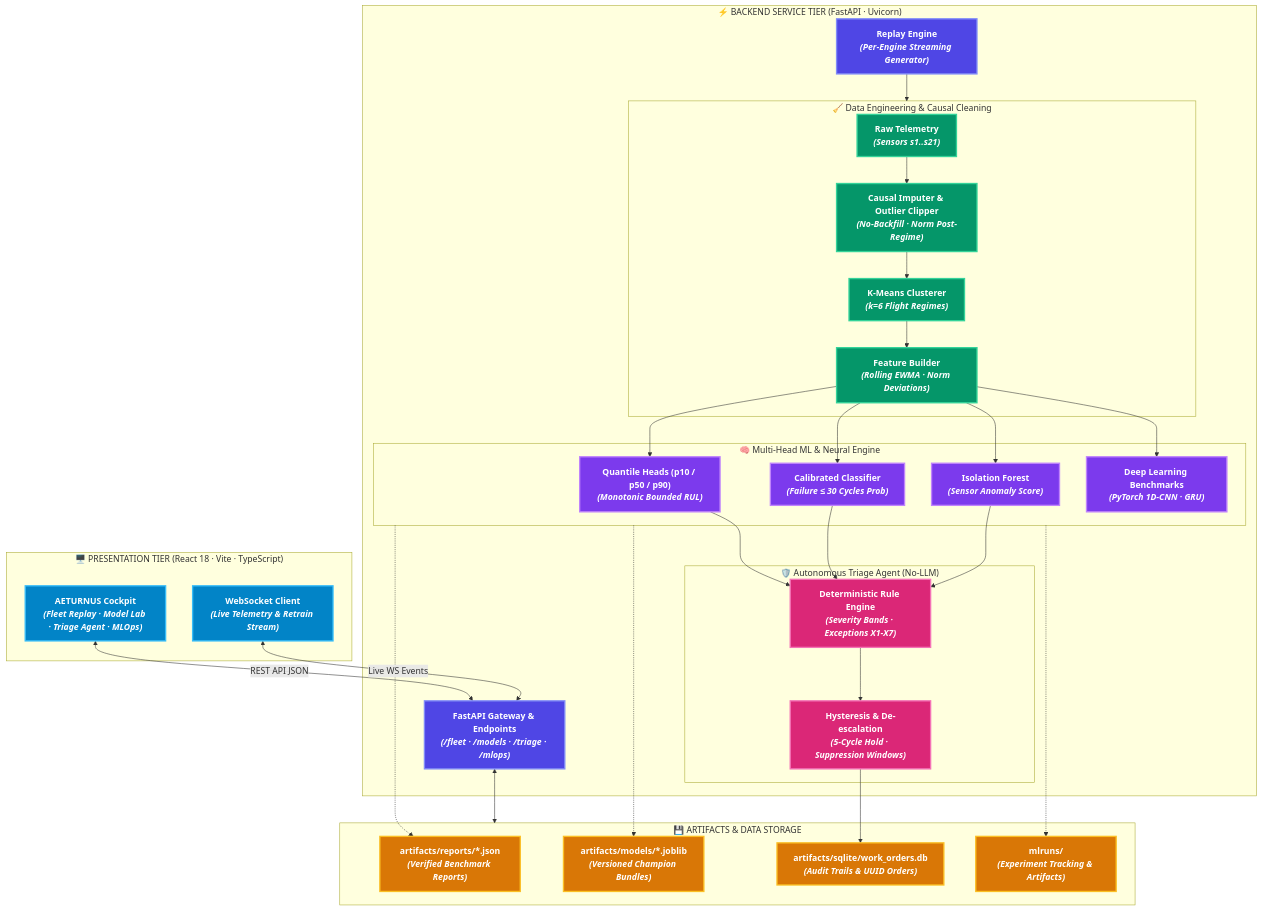
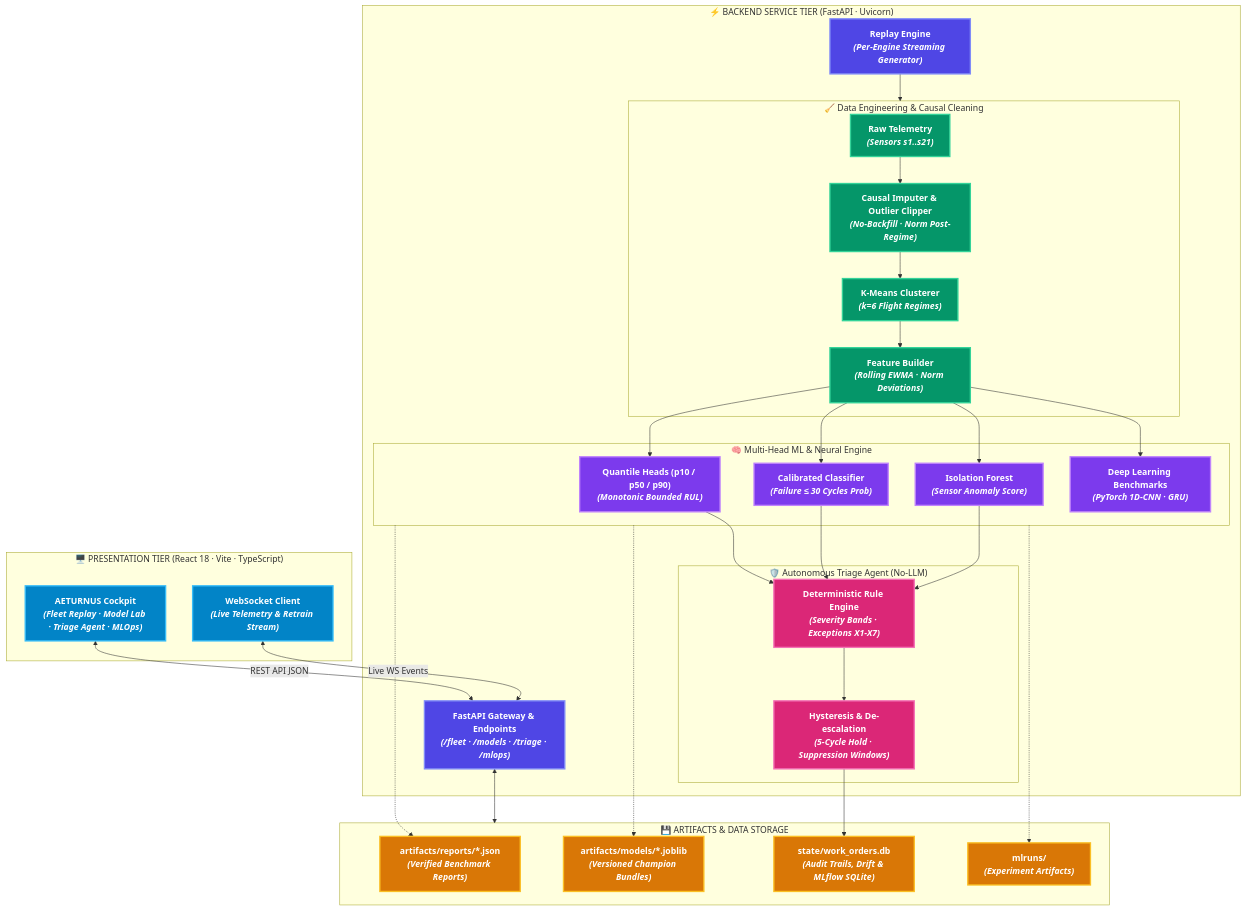
The first of 5 diagrams in README.md (8ernity/AETURNUS), drawn with Mermaid before and after one commit. The commit also changed other lines of this file and 39 other files, not shown here.

````diff
--- a/README.md
+++ b/README.md
@@ -85,57 +85,57 @@
 ```mermaid
 flowchart TB
     %% Vibrant High-Contrast Style Definitions
     classDef clientStyle fill:#0284C7,stroke:#38BDF8,stroke-width:2.5px,color:#FFFFFF,font-weight:bold
     classDef apiStyle fill:#4F46E5,stroke:#818CF8,stroke-width:2.5px,color:#FFFFFF,font-weight:bold
     classDef cleanStyle fill:#059669,stroke:#34D399,stroke-width:2.5px,color:#FFFFFF,font-weight:bold
     classDef mlStyle fill:#7C3AED,stroke:#C084FC,stroke-width:2.5px,color:#FFFFFF,font-weight:bold
     classDef agentStyle fill:#DB2777,stroke:#F472B6,stroke-width:2.5px,color:#FFFFFF,font-weight:bold
     classDef storageStyle fill:#D97706,stroke:#FBBF24,stroke-width:2.5px,color:#FFFFFF,font-weight:bold
 
     subgraph ClientLayer["🖥️ PRESENTATION TIER (React 18 · Vite · TypeScript)"]
         Dashboard["AETURNUS Cockpit<br/><i>(Fleet Replay · Model Lab · Triage Agent · MLOps)</i>"]:::clientStyle
         WebSocketClient["WebSocket Client<br/><i>(Live Telemetry & Retrain Stream)</i>"]:::clientStyle
     end
 
     Dashboard <-->|"REST API JSON"| FastAPIGateway
     WebSocketClient <-->|"Live WS Events"| FastAPIGateway
 
     subgraph BackendLayer["⚡ BACKEND SERVICE TIER (FastAPI · Uvicorn)"]
         FastAPIGateway["FastAPI Gateway & Endpoints<br/><i>(/fleet · /models · /triage · /mlops)</i>"]:::apiStyle
         ReplayEngine["Replay Engine<br/><i>(Per-Engine Streaming Generator)</i>"]:::apiStyle
 
         subgraph IngestionPipe["🧹 Data Engineering & Causal Cleaning"]
             RawData["Raw Telemetry<br/><i>(Sensors s1..s21)</i>"]:::cleanStyle
             CausalCleaner["Causal Imputer & Outlier Clipper<br/><i>(No-Backfill · Norm Post-Regime)</i>"]:::cleanStyle
             RegimeClustering["K-Means Clusterer<br/><i>(k=6 Flight Regimes)</i>"]:::cleanStyle
             FeatureEngineering["Feature Builder<br/><i>(Rolling EWMA · Norm Deviations)</i>"]:::cleanStyle
         end
 
         subgraph MLEngine["🧠 Multi-Head ML & Neural Engine"]
             QuantileRUL["Quantile Heads (p10 / p50 / p90)<br/><i>(Monotonic Bounded RUL)</i>"]:::mlStyle
             FailClassifier["Calibrated Classifier<br/><i>(Failure &le; 30 Cycles Prob)</i>"]:::mlStyle
             AnomalyDetector["Isolation Forest<br/><i>(Sensor Anomaly Score)</i>"]:::mlStyle
             DeepBaselines["Deep Learning Benchmarks<br/><i>(PyTorch 1D-CNN · GRU)</i>"]:::mlStyle
         end
 
         subgraph TriageEngine["🛡️ Autonomous Triage Agent (No-LLM)"]
             RuleEngine["Deterministic Rule Engine<br/><i>(Severity Bands · Exceptions X1-X7)</i>"]:::agentStyle
             HysteresisManager["Hysteresis & De-escalation<br/><i>(5-Cycle Hold · Suppression Windows)</i>"]:::agentStyle
         end
     end
 
     subgraph StorageLayer["💾 ARTIFACTS & DATA STORAGE"]
         DiskReports["artifacts/reports/*.json<br/><i>(Verified Benchmark Reports)</i>"]:::storageStyle
         ModelBundles["artifacts/models/*.joblib<br/><i>(Versioned Champion Bundles)</i>"]:::storageStyle
-        WorkOrderDB["artifacts/sqlite/work_orders.db<br/><i>(Audit Trails & UUID Orders)</i>"]:::storageStyle
-        MLflowStore["mlruns/<br/><i>(Experiment Tracking & Artifacts)</i>"]:::storageStyle
+        WorkOrderDB["state/work_orders.db<br/><i>(Audit Trails, Drift & MLflow SQLite)</i>"]:::storageStyle
+        MLflowStore["mlruns/<br/><i>(Experiment Artifacts)</i>"]:::storageStyle
     end
 
     RawData --> CausalCleaner --> RegimeClustering --> FeatureEngineering
     FeatureEngineering --> QuantileRUL & FailClassifier & AnomalyDetector & DeepBaselines
     QuantileRUL & FailClassifier & AnomalyDetector --> RuleEngine --> HysteresisManager
     HysteresisManager --> WorkOrderDB
     MLEngine -.-> DiskReports & ModelBundles & MLflowStore
     FastAPIGateway <--> StorageLayer
     ReplayEngine --> IngestionPipe
 ```
````
